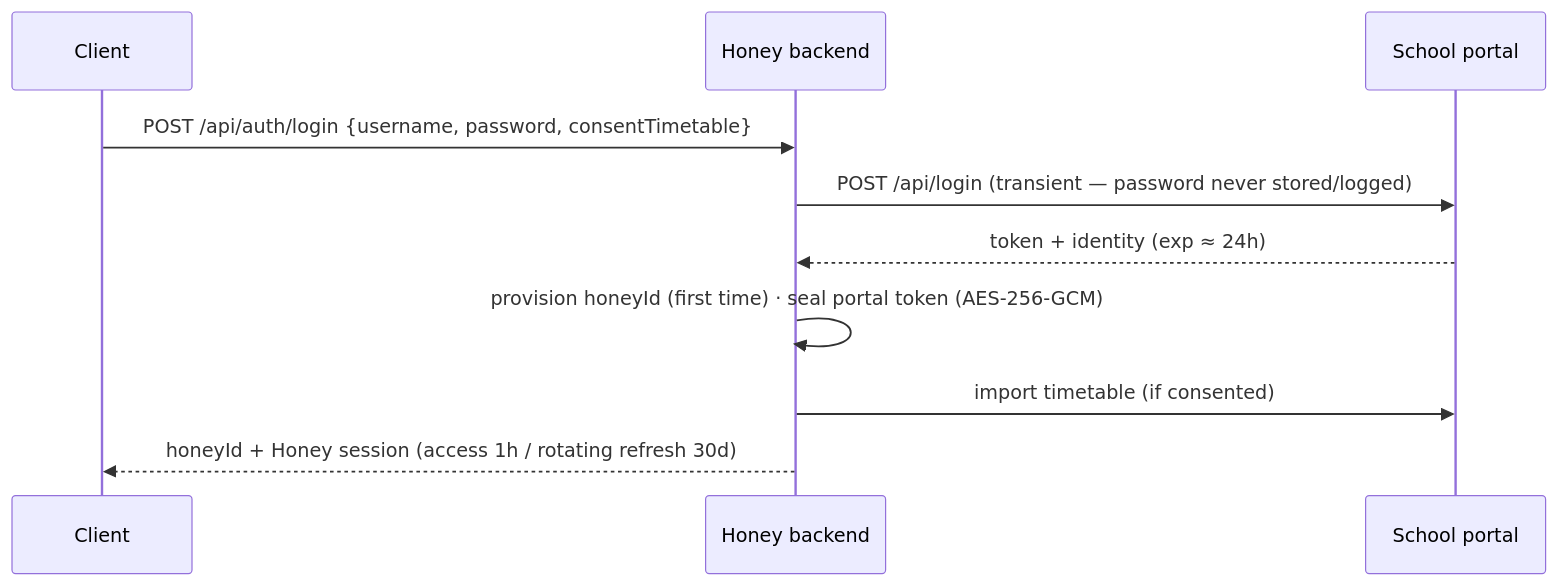
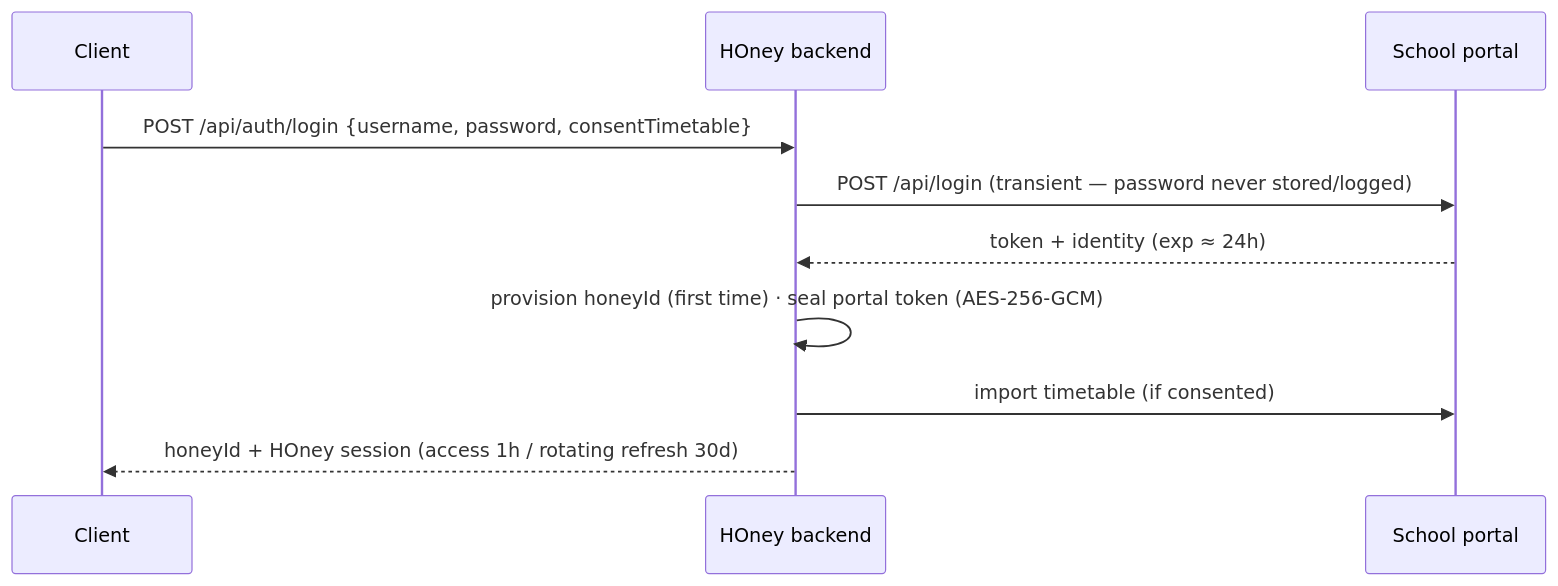
Before and after one commit to gy-yywq-s/HOney-refreshed: the diagram in docs/architecture/m2-honey-core.md, drawn with Mermaid. The commit also changed other lines of this file and 40 other files, not shown here.

````diff
--- a/docs/architecture/m2-honey-core.md
+++ b/docs/architecture/m2-honey-core.md
@@ -8,13 +8,13 @@
 ```mermaid
 sequenceDiagram
     participant C as Client
-    participant H as Honey backend
+    participant H as HOney backend
     participant P as School portal
 
     C->>H: POST /api/auth/login {username, password, consentTimetable}
     H->>P: POST /api/login (transient — password never stored/logged)
     P-->>H: token + identity (exp ≈ 24h)
     H->>H: provision honeyId (first time) · seal portal token (AES-256-GCM)
     H->>P: import timetable (if consented)
-    H-->>C: honeyId + Honey session (access 1h / rotating refresh 30d)
+    H-->>C: honeyId + HOney session (access 1h / rotating refresh 30d)
 ```
````
